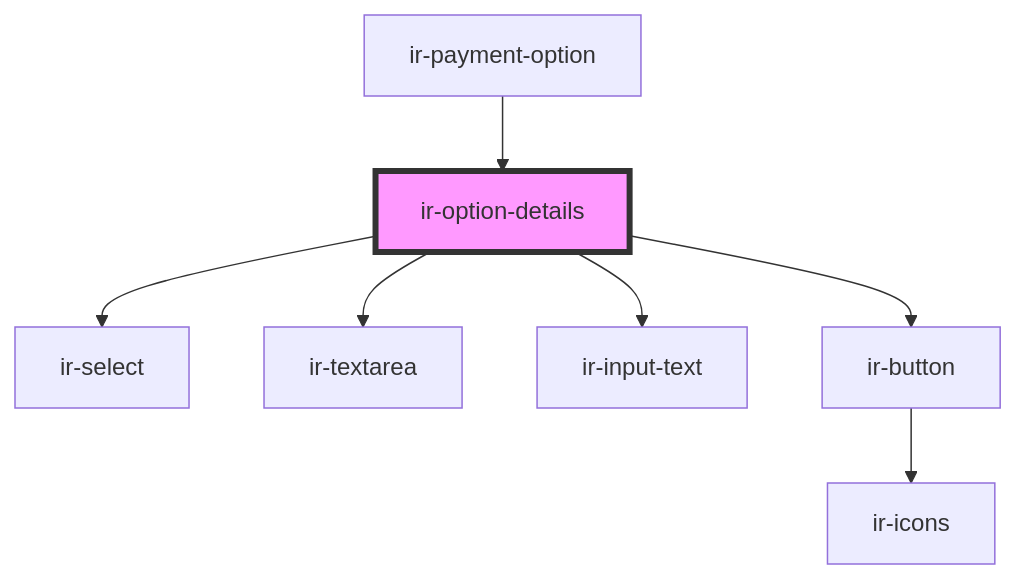
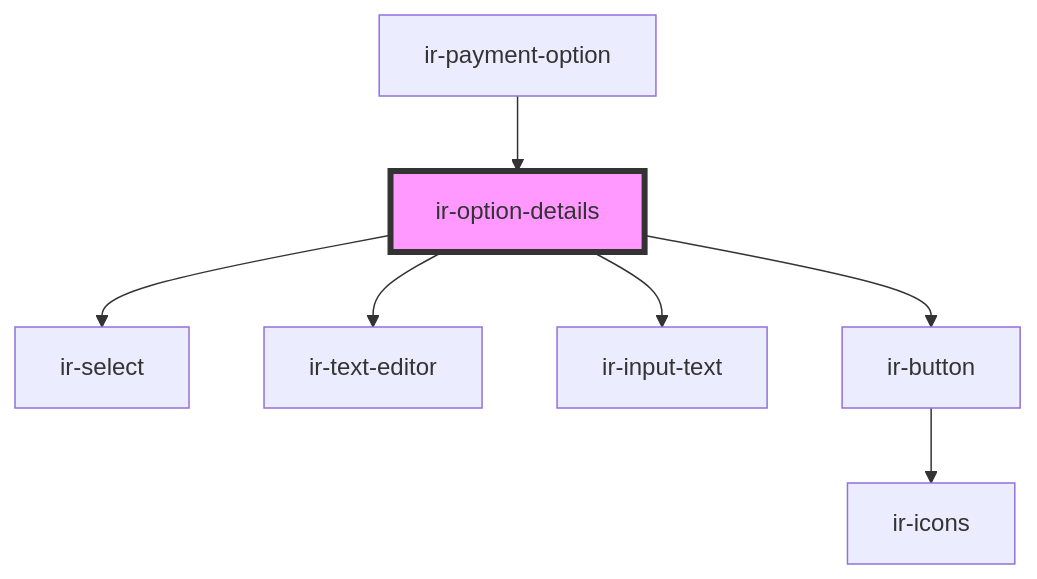
One commit to David1Chowaifaty/modified-ir-webcmp changed the diagram in src/components/ir-payment-option/ir-option-details/readme.md. Above: the diagram before and after it, drawn with Mermaid. The commit also changed other lines of this file and 45 other files, not shown here.

````diff
--- a/src/components/ir-payment-option/ir-option-details/readme.md
+++ b/src/components/ir-payment-option/ir-option-details/readme.md
@@ -37,10 +37,10 @@
 ```mermaid
 graph TD;
   ir-option-details --> ir-select
-  ir-option-details --> ir-textarea
+  ir-option-details --> ir-text-editor
   ir-option-details --> ir-input-text
   ir-option-details --> ir-button
   ir-button --> ir-icons
   ir-payment-option --> ir-option-details
   style ir-option-details fill:#f9f,stroke:#333,stroke-width:4px
 ```
````
